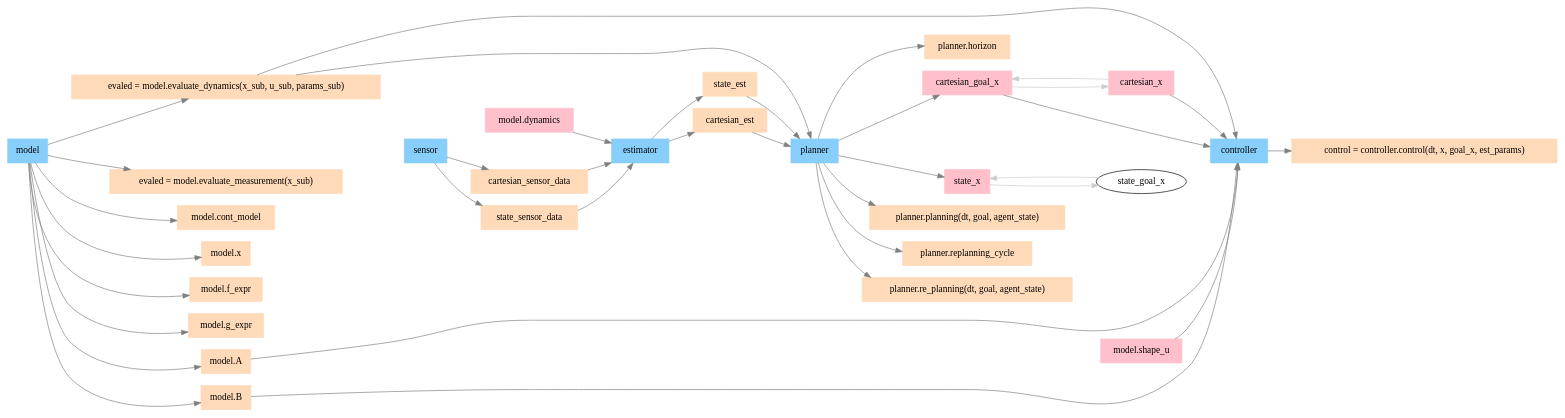
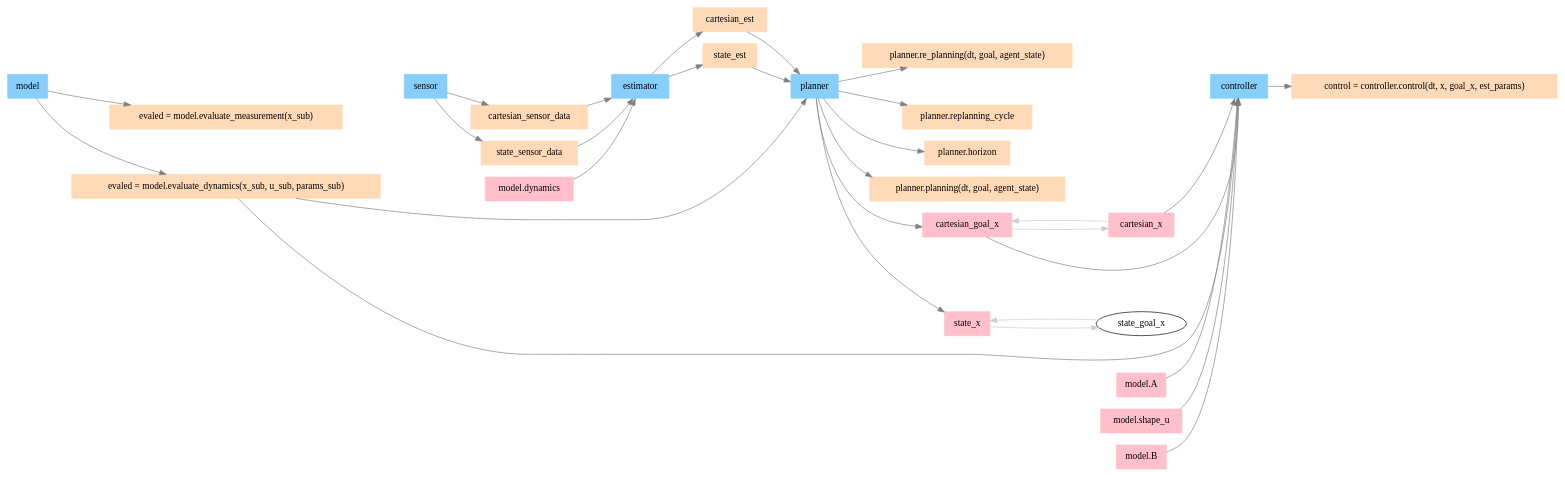
The diagram in img/deps.gv (intelligent-control-lab/Composable_Agent_Toolbox), drawn with Graphviz before and after one commit. The commit also changed 32 other files, not shown here.

```diff
--- a/img/deps.gv
+++ b/img/deps.gv
@@ -1,126 +1,106 @@
 digraph G {
 	compound=true rankdir=LR
-	estimator [color=lightskyblue fillcolor=lightskyblue shape=box style=filled]
-	sensor [color=lightskyblue fillcolor=lightskyblue shape=box style=filled]
+	model [color=lightskyblue fillcolor=lightskyblue shape=box style=filled]
 	controller [color=lightskyblue fillcolor=lightskyblue shape=box style=filled]
 	planner [color=lightskyblue fillcolor=lightskyblue shape=box style=filled]
-	model [color=lightskyblue fillcolor=lightskyblue shape=box style=filled]
+	sensor [color=lightskyblue fillcolor=lightskyblue shape=box style=filled]
+	estimator [color=lightskyblue fillcolor=lightskyblue shape=box style=filled]
+	cartesian_sensor_data [color=peachpuff fillcolor=peachpuff shape=box style=filled]
+	"control = controller.control(dt, x, goal_x, est_params)" [color=peachpuff fillcolor=peachpuff shape=box style=filled]
+	"planner.replanning_cycle" [color=peachpuff fillcolor=peachpuff shape=box style=filled]
+	cartesian_x [color=peachpuff fillcolor=peachpuff shape=box style=filled]
+	cartesian_est [color=peachpuff fillcolor=peachpuff shape=box style=filled]
+	state_est [color=peachpuff fillcolor=peachpuff shape=box style=filled]
+	"planner.horizon" [color=peachpuff fillcolor=peachpuff shape=box style=filled]
+	"planner.planning(dt, goal, agent_state)" [color=peachpuff fillcolor=peachpuff shape=box style=filled]
+	cartesian_goal_x [color=peachpuff fillcolor=peachpuff shape=box style=filled]
 	"evaled = model.evaluate_dynamics(x_sub, u_sub, params_sub)" [color=peachpuff fillcolor=peachpuff shape=box style=filled]
+	"model.A" [color=peachpuff fillcolor=peachpuff shape=box style=filled]
+	"model.shape_u" [color=peachpuff fillcolor=peachpuff shape=box style=filled]
+	"model.dynamics" [color=peachpuff fillcolor=peachpuff shape=box style=filled]
+	"model.B" [color=peachpuff fillcolor=peachpuff shape=box style=filled]
+	state_x [color=peachpuff fillcolor=peachpuff shape=box style=filled]
+	"planner.re_planning(dt, goal, agent_state)" [color=peachpuff fillcolor=peachpuff shape=box style=filled]
+	state_sensor_data [color=peachpuff fillcolor=peachpuff shape=box style=filled]
 	"evaled = model.evaluate_measurement(x_sub)" [color=peachpuff fillcolor=peachpuff shape=box style=filled]
-	state_est [color=peachpuff fillcolor=peachpuff shape=box style=filled]
-	"planner.planning(dt, goal, agent_state)" [color=peachpuff fillcolor=peachpuff shape=box style=filled]
-	"model.cont_model" [color=peachpuff fillcolor=peachpuff shape=box style=filled]
-	"planner.replanning_cycle" [color=peachpuff fillcolor=peachpuff shape=box style=filled]
-	"model.A" [color=peachpuff fillcolor=peachpuff shape=box style=filled]
-	"model.B" [color=peachpuff fillcolor=peachpuff shape=box style=filled]
-	"model.x" [color=peachpuff fillcolor=peachpuff shape=box style=filled]
-	state_x [color=peachpuff fillcolor=peachpuff shape=box style=filled]
-	"model.f_expr" [color=peachpuff fillcolor=peachpuff shape=box style=filled]
-	"model.dynamics" [color=peachpuff fillcolor=peachpuff shape=box style=filled]
-	cartesian_est [color=peachpuff fillcolor=peachpuff shape=box style=filled]
-	cartesian_sensor_data [color=peachpuff fillcolor=peachpuff shape=box style=filled]
-	"planner.re_planning(dt, goal, agent_state)" [color=peachpuff fillcolor=peachpuff shape=box style=filled]
-	"planner.horizon" [color=peachpuff fillcolor=peachpuff shape=box style=filled]
-	cartesian_goal_x [color=peachpuff fillcolor=peachpuff shape=box style=filled]
-	cartesian_x [color=peachpuff fillcolor=peachpuff shape=box style=filled]
-	"control = controller.control(dt, x, goal_x, est_params)" [color=peachpuff fillcolor=peachpuff shape=box style=filled]
-	"model.shape_u" [color=peachpuff fillcolor=peachpuff shape=box style=filled]
-	"model.g_expr" [color=peachpuff fillcolor=peachpuff shape=box style=filled]
-	state_sensor_data [color=peachpuff fillcolor=peachpuff shape=box style=filled]
+	cartesian_x [color=pink fillcolor=pink shape=box style=filled]
+	"model.A" [color=pink fillcolor=pink shape=box style=filled]
+	"model.shape_u" [color=pink fillcolor=pink shape=box style=filled]
 	"model.dynamics" [color=pink fillcolor=pink shape=box style=filled]
-	cartesian_x [color=pink fillcolor=pink shape=box style=filled]
-	"model.shape_u" [color=pink fillcolor=pink shape=box style=filled]
+	"model.B" [color=pink fillcolor=pink shape=box style=filled]
 	cartesian_goal_x [color=pink fillcolor=pink shape=box style=filled]
 	state_x [color=pink fillcolor=pink shape=box style=filled]
 	cartesian_x -> controller [color=gray50]
 	cartesian_goal_x -> controller [color=gray50]
 	"model.shape_u" -> controller [color=gray50]
 	"model.A" -> controller [color=gray50]
 	"model.B" -> controller [color=gray50]
 	"evaled = model.evaluate_dynamics(x_sub, u_sub, params_sub)" -> controller [color=gray50]
 	"evaled = model.evaluate_dynamics(x_sub, u_sub, params_sub)" -> planner [color=gray50]
 	controller -> "control = controller.control(dt, x, goal_x, est_params)" [color=gray50]
-	model -> "model.x" [color=gray50]
-	model -> "model.A" [color=gray50]
-	model -> "model.B" [color=gray50]
-	model -> "model.f_expr" [color=gray50]
-	model -> "model.g_expr" [color=gray50]
-	model -> "model.cont_model" [color=gray50]
 	model -> "evaled = model.evaluate_dynamics(x_sub, u_sub, params_sub)" [color=gray50]
 	model -> "evaled = model.evaluate_measurement(x_sub)" [color=gray50]
 	state_sensor_data -> estimator [color=gray50]
 	cartesian_sensor_data -> estimator [color=gray50]
 	"model.dynamics" -> estimator [color=gray50]
 	estimator -> cartesian_est [color=gray50]
 	estimator -> state_est [color=gray50]
 	sensor -> state_sensor_data [color=gray50]
 	sensor -> cartesian_sensor_data [color=gray50]
 	cartesian_est -> planner [color=gray50]
 	state_est -> planner [color=gray50]
 	planner -> state_x [color=gray50]
 	planner -> cartesian_goal_x [color=gray50]
 	planner -> "planner.horizon" [color=gray50]
 	planner -> "planner.replanning_cycle" [color=gray50]
 	planner -> "planner.planning(dt, goal, agent_state)" [color=gray50]
 	planner -> "planner.re_planning(dt, goal, agent_state)" [color=gray50]
 	cartesian_x -> cartesian_goal_x [color=gray80 weight=100]
 	cartesian_goal_x -> cartesian_x [color=gray80 weight=100]
 	state_x -> state_goal_x [color=gray80 weight=100]
 	state_goal_x -> state_x [color=gray80 weight=100]
 	model -> sensor [style=invis weight=1000]
 	sensor -> estimator [style=invis weight=1000]
 	estimator -> planner [style=invis weight=1000]
 	planner -> controller [style=invis weight=1000]
-	"model.x" -> sensor [style=invis]
-	"model.A" -> sensor [style=invis]
-	"model.B" -> sensor [style=invis]
-	"model.f_expr" -> sensor [style=invis]
-	"model.g_expr" -> sensor [style=invis]
-	"model.cont_model" -> sensor [style=invis]
 	"evaled = model.evaluate_dynamics(x_sub, u_sub, params_sub)" -> sensor [style=invis]
 	"evaled = model.evaluate_measurement(x_sub)" -> sensor [style=invis]
 	state_sensor_data -> estimator [style=invis]
 	cartesian_sensor_data -> estimator [style=invis]
 	cartesian_est -> planner [style=invis]
 	state_est -> planner [style=invis]
 	state_x -> controller [style=invis]
 	cartesian_goal_x -> controller [style=invis]
 	"planner.horizon" -> controller [style=invis]
 	"planner.replanning_cycle" -> controller [style=invis]
 	"planner.planning(dt, goal, agent_state)" -> controller [style=invis]
 	"planner.re_planning(dt, goal, agent_state)" -> controller [style=invis]
 	{
 		rank=same
-		"model.x"
-		"model.A"
-		"model.B"
-		"model.f_expr"
-		"model.g_expr"
-		"model.cont_model"
 		"evaled = model.evaluate_dynamics(x_sub, u_sub, params_sub)"
 		"evaled = model.evaluate_measurement(x_sub)"
 	}
 	{
 		rank=same
 		state_sensor_data
 		cartesian_sensor_data
 	}
 	{
 		rank=same
 		cartesian_est
 		state_est
 	}
 	{
 		rank=same
 		state_x
 		cartesian_goal_x
 		"planner.horizon"
 		"planner.replanning_cycle"
 		"planner.planning(dt, goal, agent_state)"
 		"planner.re_planning(dt, goal, agent_state)"
 	}
 	{
 		rank=same
 		"control = controller.control(dt, x, goal_x, est_params)"
 	}
 }
```
